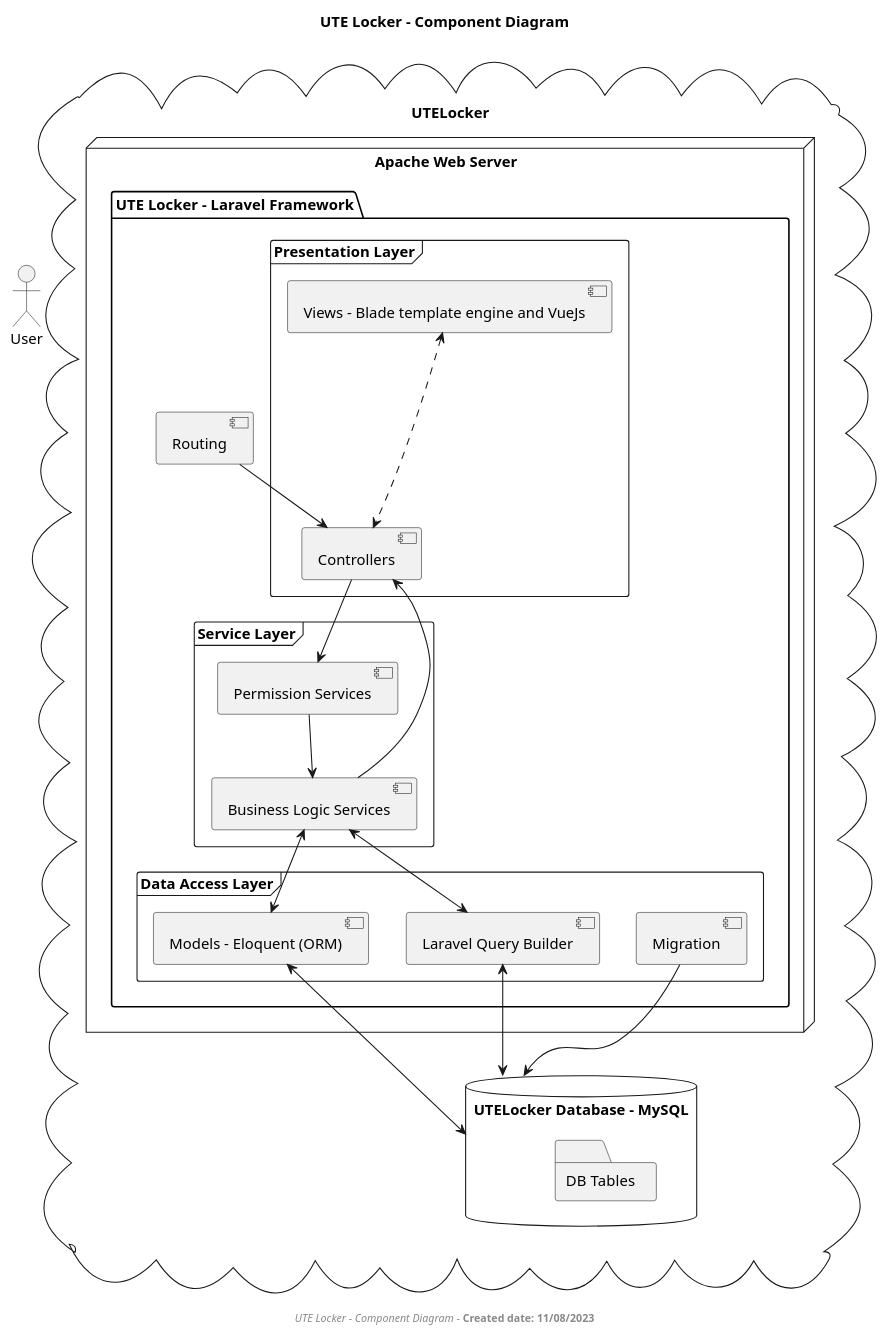
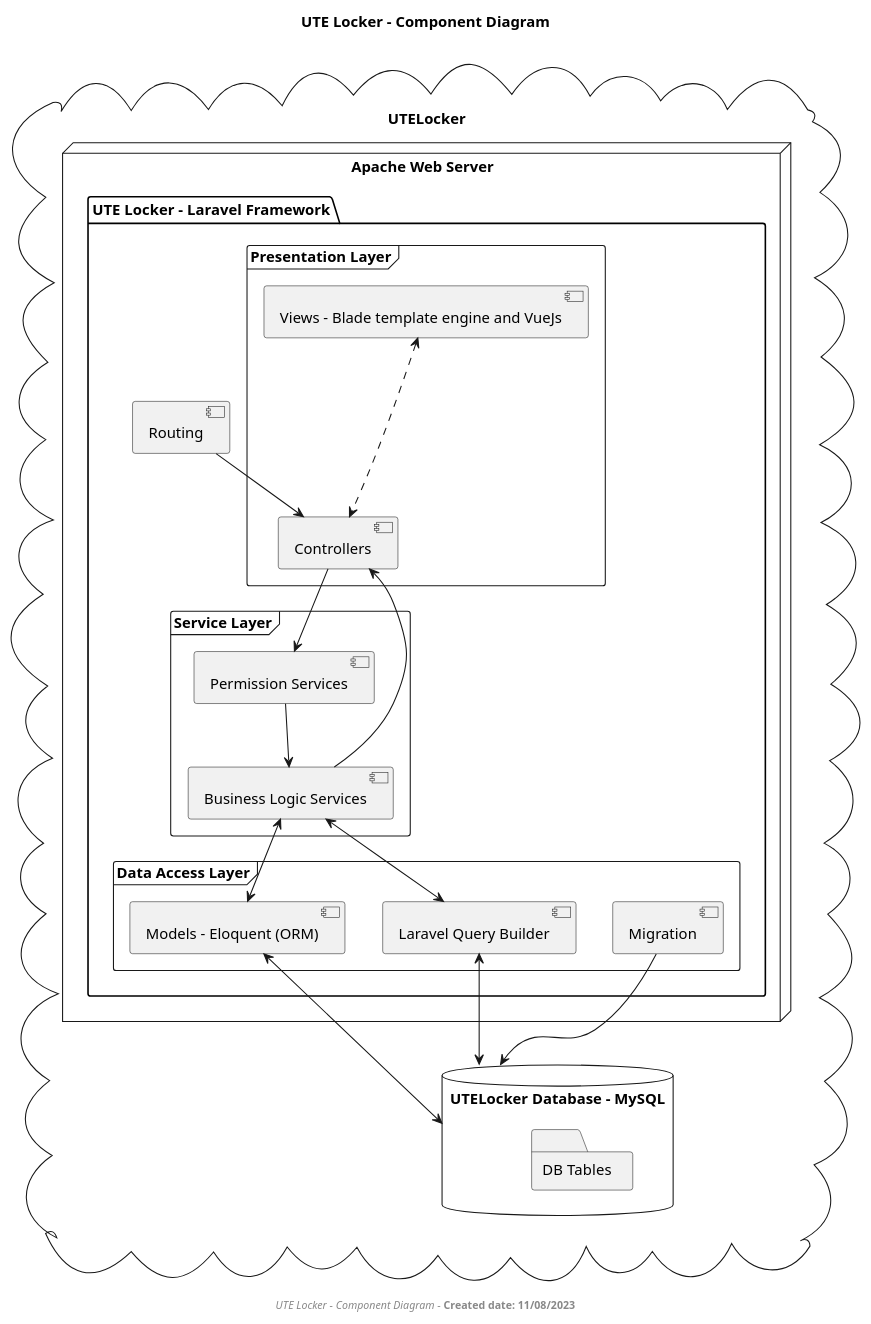
The diagram in uml/architecture-en.plantuml (UTELocker/UTELocker), drawn with PlantUML before and after one commit. The commit also changed 1 other file, not shown here.

Commit message:
Update UML

```diff
--- a/uml/architecture-en.plantuml
+++ b/uml/architecture-en.plantuml
@@ -1,42 +1,42 @@
 @startuml
 title UTE Locker - Component Diagram
 footer <i>UTE Locker - Component Diagram</i> - <b>Created date: 11/08/2023</b>
-actor User as user
+'actor User as user
 
 cloud "UTELocker" as locker {
     node "Apache Web Server" as webserver {
         folder "UTE Locker - Laravel Framework" as webapp {
             component "Routing" as routing
             frame "Presentation Layer" as presentation {
                 component "Controllers" as controllers
                 component "Views - Blade template engine and VueJs" as views
 
                 views <-.-> controllers
             }
             routing -down-> controllers
             frame "Data Access Layer" as data {
                 component "Models - Eloquent (ORM)" as models
                 component "Laravel Query Builder" as query
                 component "Migration" as migration
             }
 
             frame "Service Layer" as service {
                 component "Permission Services" as permission
                 component "Business Logic Services" as business
                 permission -down-> business
             }
             controllers -down->permission
             business -down-> controllers
             business <--> models
             query <--> business
         }
     }
     database "UTELocker Database - MySQL" as database {
         folder "DB Tables" as tables
     }
     migration -down--> database
     models <-down-> database
     query <-down-> database
 
 }
 @enduml
```
